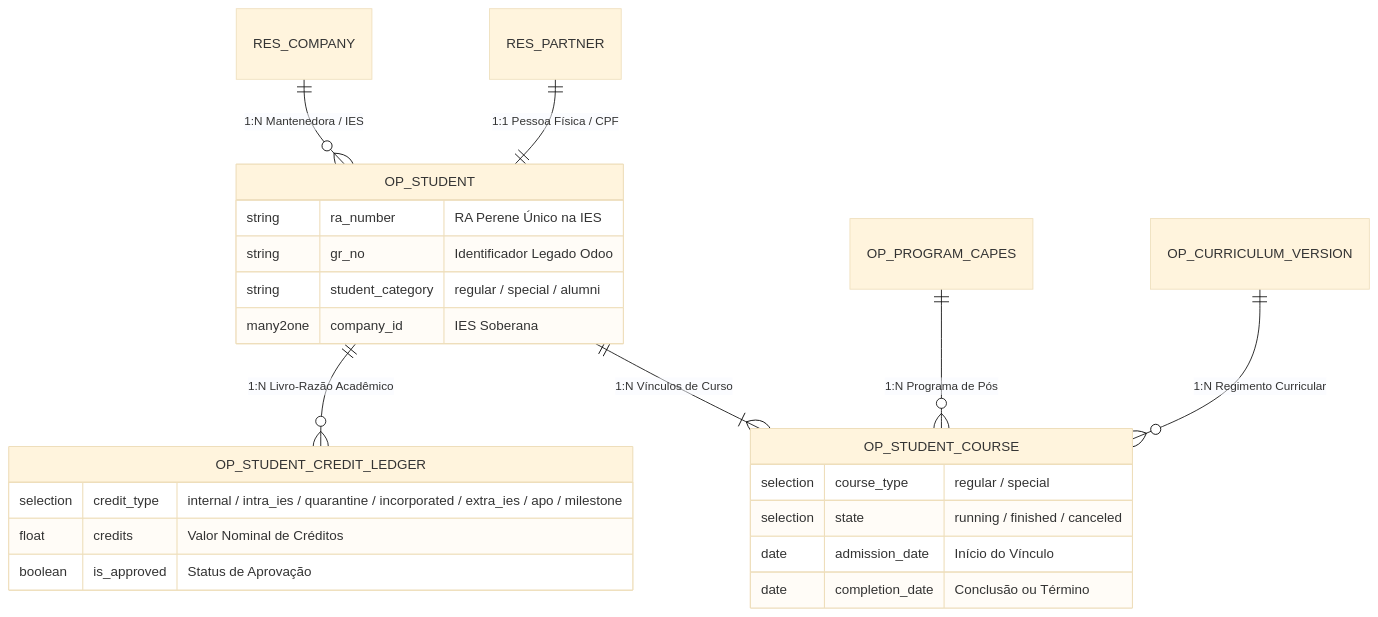
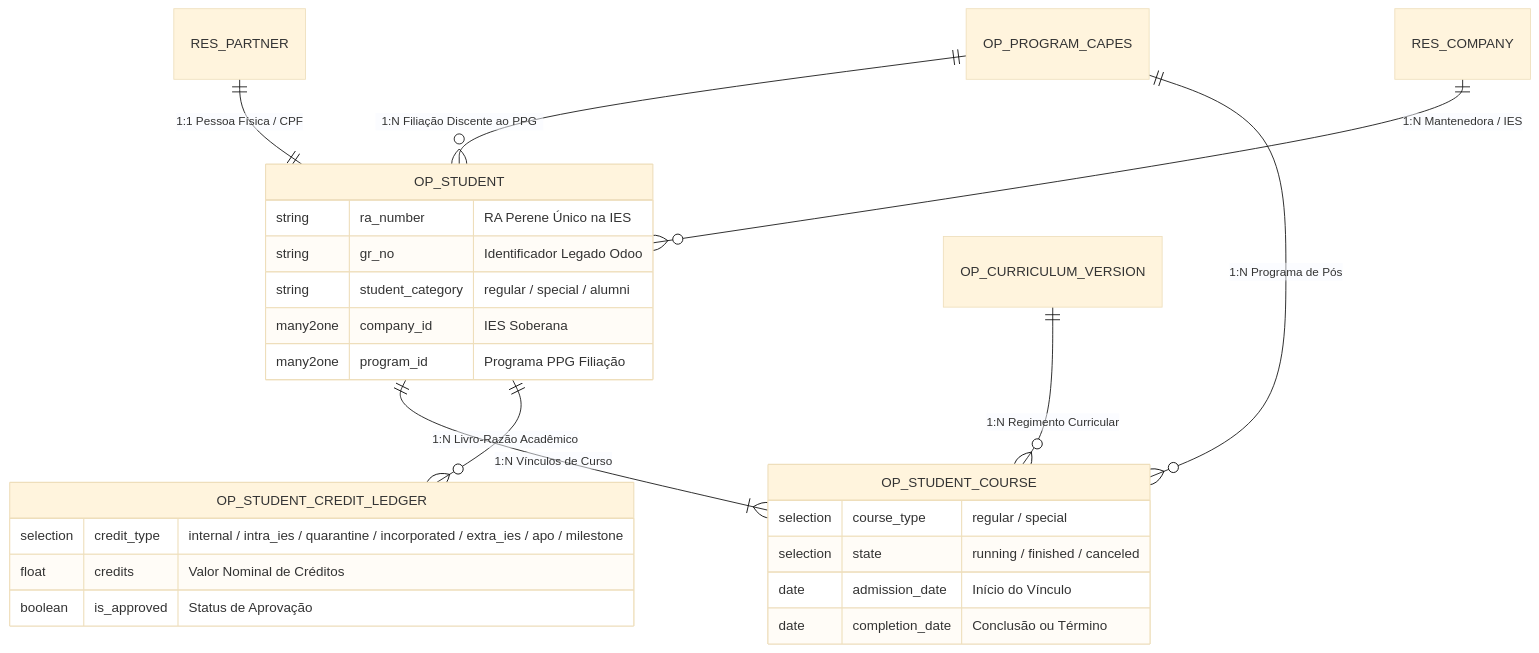
Before and after one commit to cinas-ipen/l10n_br_openeducat_capes: the second of 4 diagrams in docs/documentacao_executiva_capes.qmd, drawn with Mermaid (base theme). The commit also changed other lines of this file and 129 other files, not shown here.

````diff
--- a/docs/documentacao_executiva_capes.qmd
+++ b/docs/documentacao_executiva_capes.qmd
@@ -124,29 +127,31 @@
 ```{mermaid}
 erDiagram
     RES_PARTNER ||--|| OP_STUDENT : "1:1 Pessoa Física / CPF"
     RES_COMPANY ||--o{ OP_STUDENT : "1:N Mantenedora / IES"
+    OP_PROGRAM_CAPES ||--o{ OP_STUDENT : "1:N Filiação Discente ao PPG"
     OP_STUDENT ||--|{ OP_STUDENT_COURSE : "1:N Vínculos de Curso"
     OP_PROGRAM_CAPES ||--o{ OP_STUDENT_COURSE : "1:N Programa de Pós"
     OP_CURRICULUM_VERSION ||--o{ OP_STUDENT_COURSE : "1:N Regimento Curricular"
     OP_STUDENT ||--o{ OP_STUDENT_CREDIT_LEDGER : "1:N Livro-Razão Acadêmico"
 
     OP_STUDENT {
         string ra_number "RA Perene Único na IES"
         string gr_no "Identificador Legado Odoo"
         string student_category "regular / special / alumni"
         many2one company_id "IES Soberana"
+        many2one program_id "Programa PPG Filiação"
     }
 
     OP_STUDENT_COURSE {
         selection course_type "regular / special"
         selection state "running / finished / canceled"
         date admission_date "Início do Vínculo"
         date completion_date "Conclusão ou Término"
     }
 
     OP_STUDENT_CREDIT_LEDGER {
         selection credit_type "internal / intra_ies / quarantine / incorporated / extra_ies / apo / milestone"
         float credits "Valor Nominal de Créditos"
         boolean is_approved "Status de Aprovação"
     }
 ```
````
